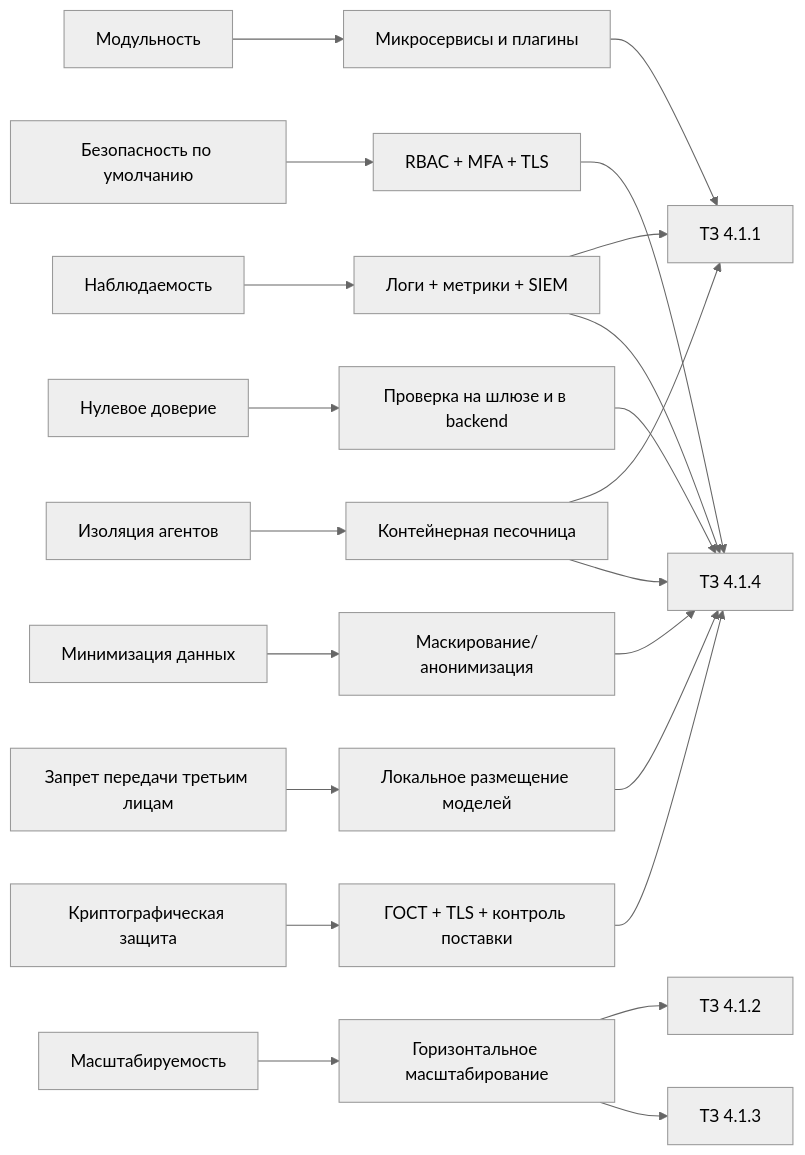
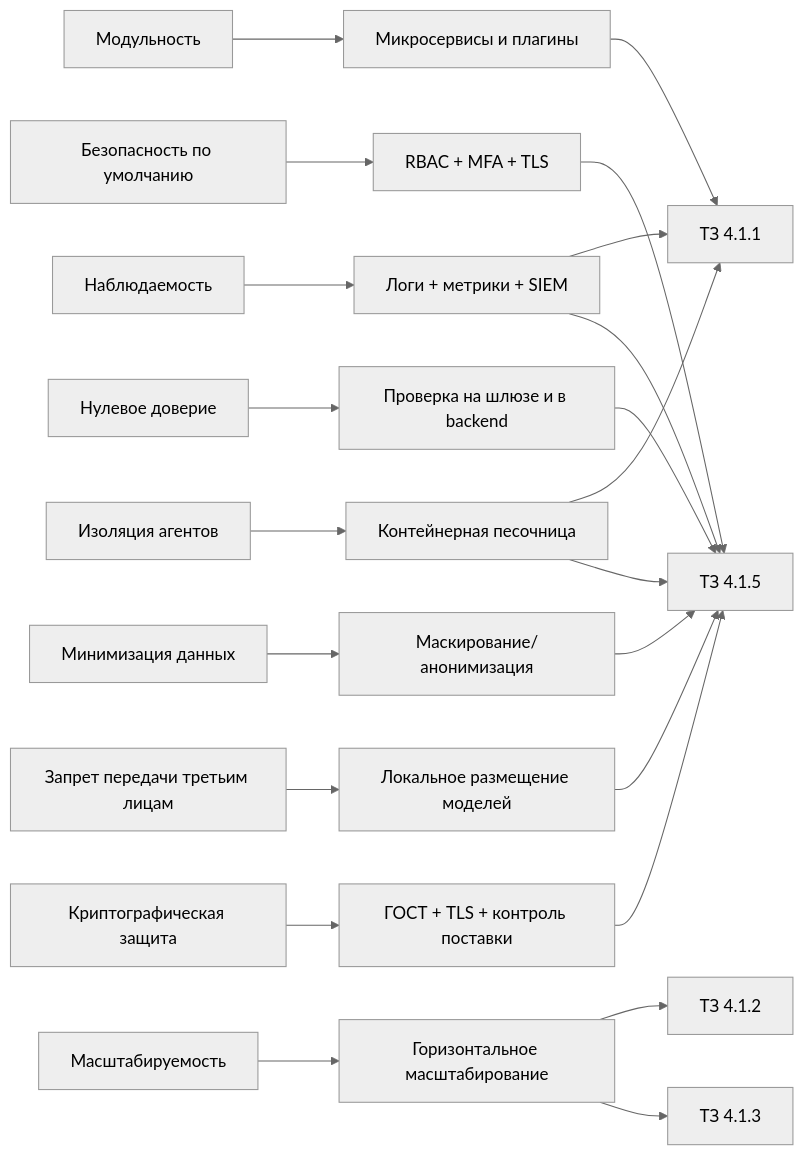
Before and after one commit to Trump68/infra: the second of 19 diagrams in TZ/1.Пояснительная записка к техническому проекту.md, drawn with Mermaid (neutral theme). The commit also changed other lines of this file, not shown here.

````diff
--- a/TZ/1.Пояснительная записка к техническому проекту.md
+++ b/TZ/1.Пояснительная записка к техническому проекту.md
@@ -242,25 +414,25 @@
 ```mermaid
 flowchart LR
   p1["Модульность"] --> m1["Микросервисы и плагины"]
   p2["Безопасность по умолчанию"] --> m2["RBAC + MFA + TLS"]
   p3["Нулевое доверие"] --> m3["Проверка на шлюзе и в backend"]
   p4["Масштабируемость"] --> m4["Горизонтальное масштабирование"]
   p5["Наблюдаемость"] --> m5["Логи + метрики + SIEM"]
   p6["Изоляция агентов"] --> m6["Контейнерная песочница"]
   p7["Минимизация данных"] --> m7["Маскирование/анонимизация"]
   p8["Запрет передачи третьим лицам"] --> m8["Локальное размещение моделей"]
   p9["Криптографическая защита"] --> m9["ГОСТ + TLS + контроль поставки"]
 
   m1 --> t1["ТЗ 4.1.1"]
-  m2 --> t4["ТЗ 4.1.4"]
+  m2 --> t4["ТЗ 4.1.5"]
   m3 --> t4
   m4 --> t2["ТЗ 4.1.2"]
   m5 --> t1
   m5 --> t4
   m6 --> t1
   m6 --> t4
   m7 --> t4
   m8 --> t4
   m9 --> t4
   m4 --> t3["ТЗ 4.1.3"]
 ```
````
